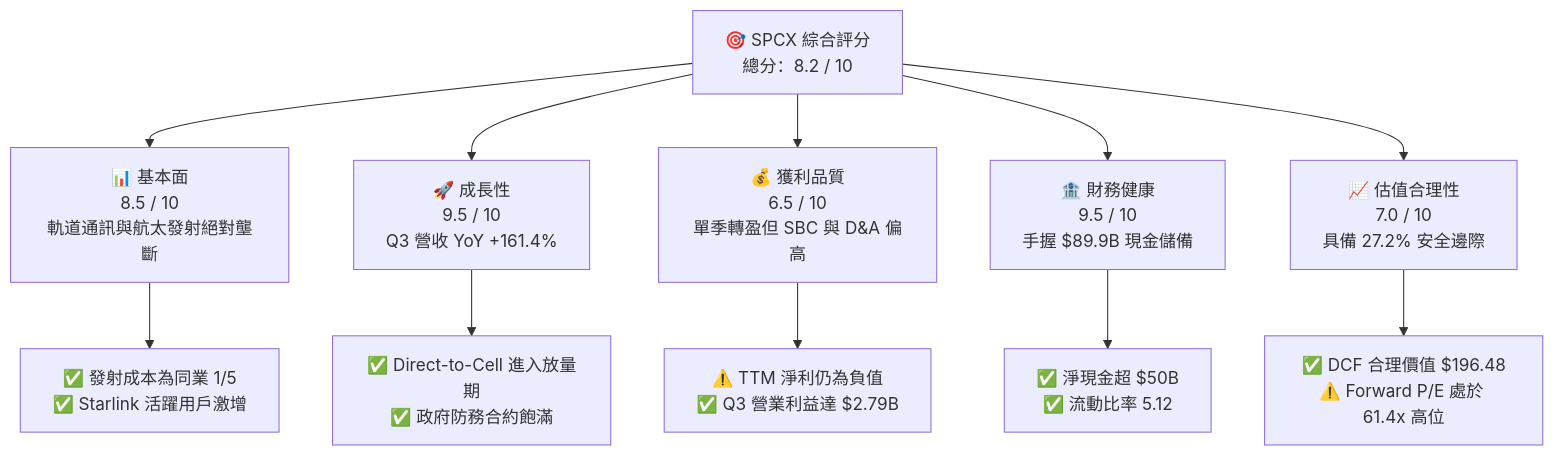
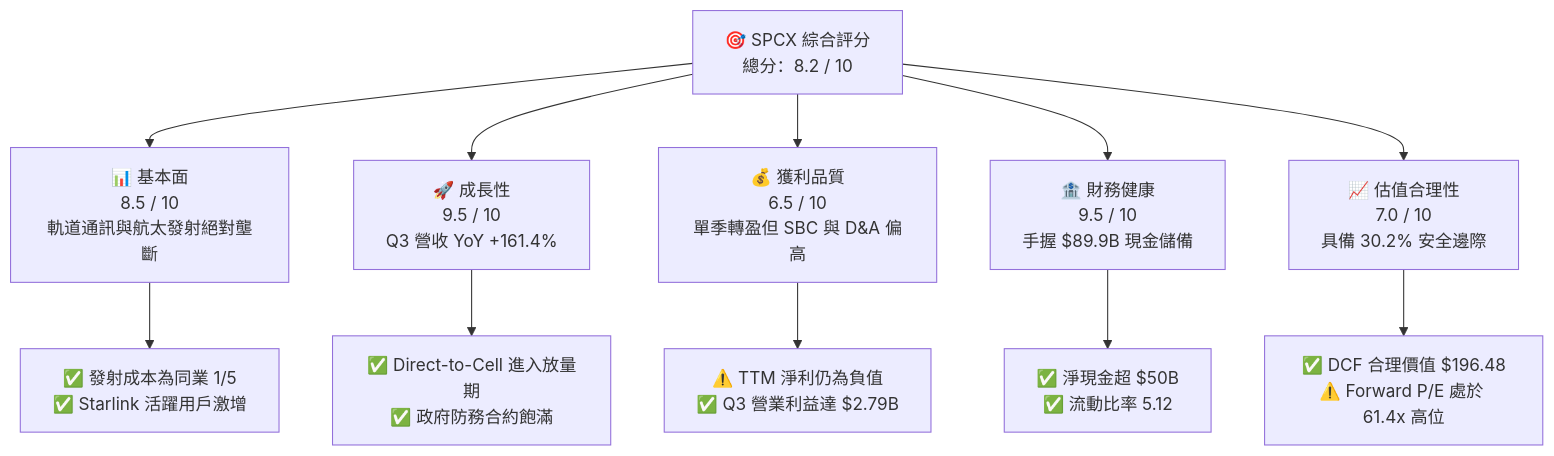
The first of 15 diagrams in ai_gen_report/fundamental/spcx/fundamental_analysis_2026-10-22_gemini.md (yennanliu/finance_data), drawn with Mermaid before and after one commit. The commit also changed other lines of this file and 339 other files, not shown here.

````diff
--- a/ai_gen_report/fundamental/spcx/fundamental_analysis_2026-10-22_gemini.md
+++ b/ai_gen_report/fundamental/spcx/fundamental_analysis_2026-10-22_gemini.md
@@ -65,22 +72,22 @@
 ```mermaid
 graph TD
     TICKER["🎯 SPCX 綜合評分<br/>總分：8.2 / 10"]
 
     F["📊 基本面<br/>8.5 / 10<br/>軌道通訊與航太發射絕對壟斷"]
     G["🚀 成長性<br/>9.5 / 10<br/>Q3 營收 YoY +161.4%"]
     P["💰 獲利品質<br/>6.5 / 10<br/>單季轉盈但 SBC 與 D&A 偏高"]
     B["🏦 財務健康<br/>9.5 / 10<br/>手握 $89.9B 現金儲備"]
-    V["📈 估值合理性<br/>7.0 / 10<br/>具備 27.2% 安全邊際"]
+    V["📈 估值合理性<br/>7.0 / 10<br/>具備 30.2% 安全邊際"]
 
     TICKER --> F
     TICKER --> G
     TICKER --> P
     TICKER --> B
     TICKER --> V
 
     F --> F1["✅ 發射成本為同業 1/5<br/>✅ Starlink 活躍用戶激增"]
     G --> G1["✅ Direct-to-Cell 進入放量期<br/>✅ 政府防務合約飽滿"]
     P --> P1["⚠️ TTM 淨利仍為負值<br/>✅ Q3 營業利益達 $2.79B"]
     B --> B1["✅ 淨現金超 $50B<br/>✅ 流動比率 5.12"]
     V --> V1["✅ DCF 合理價值 $196.48<br/>⚠️ Forward P/E 處於 61.4x 高位"]
 ```
````
